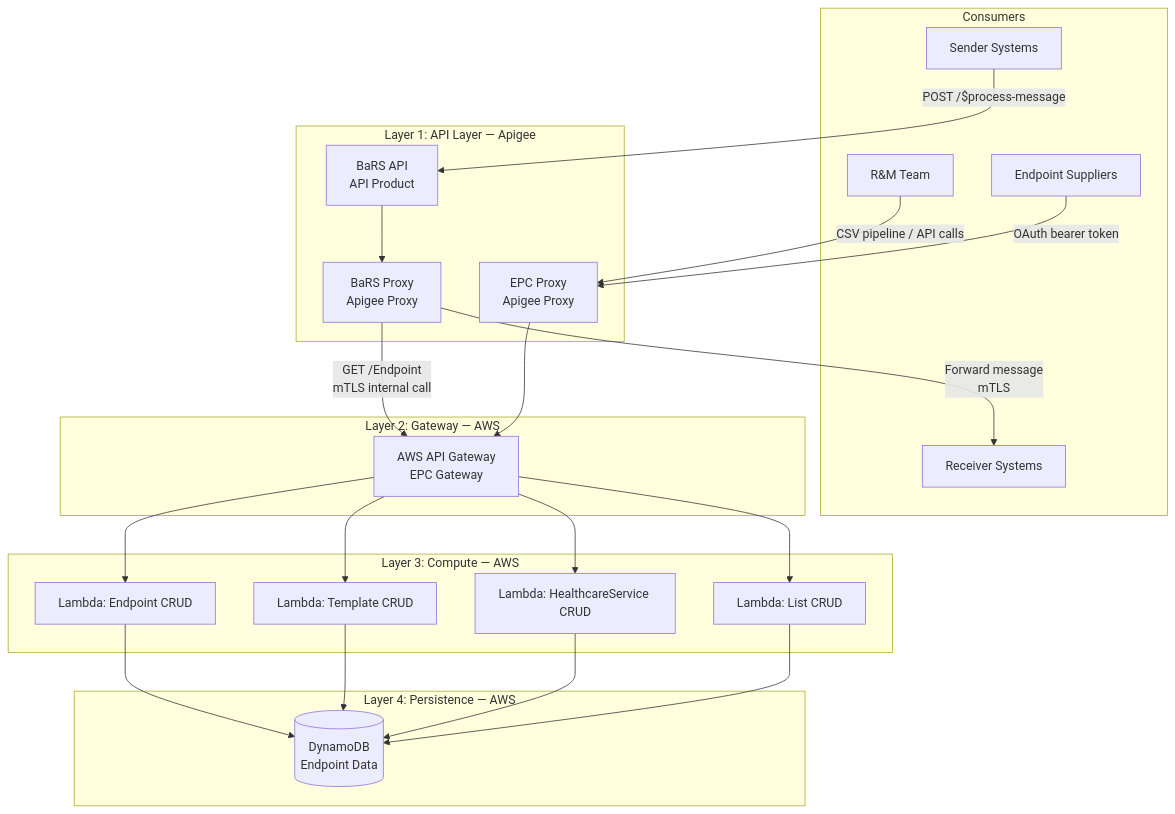
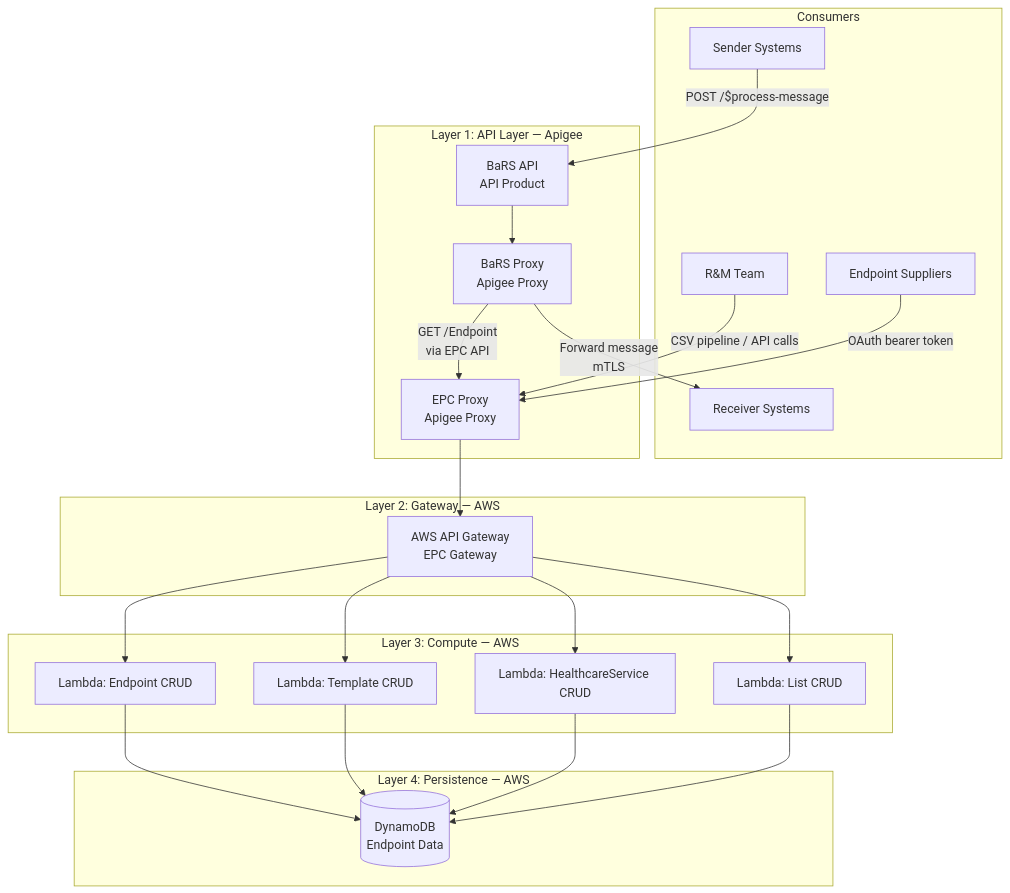
One commit to RichardWardNHSD/epc-work changed the first of 5 diagrams in Documents/architecture.md. Above: the diagram before and after it, drawn with Mermaid.

Commit message:
revisions

````diff
--- a/Documents/architecture.md
+++ b/Documents/architecture.md
@@ -39,49 +39,49 @@
 ```mermaid
 graph TD
     subgraph Consumers
         SENDER[Sender Systems]
         RECEIVER[Receiver Systems]
         RM[R&M Team]
         SUPPLIER[Endpoint Suppliers]
     end
 
     subgraph "Layer 1: API Layer — Apigee"
         BARS_API[BaRS API<br/>API Product]
         BARS_PROXY[BaRS Proxy<br/>Apigee Proxy]
         EPC_PROXY[EPC Proxy<br/>Apigee Proxy]
     end
 
     subgraph "Layer 2: Gateway — AWS"
         APIGW[AWS API Gateway<br/>EPC Gateway]
     end
 
     subgraph "Layer 3: Compute — AWS"
         LAMBDA_EP[Lambda: Endpoint CRUD]
         LAMBDA_TPL[Lambda: Template CRUD]
         LAMBDA_HCS[Lambda: HealthcareService CRUD]
         LAMBDA_LIST[Lambda: List CRUD]
     end
 
     subgraph "Layer 4: Persistence — AWS"
         DDB[(DynamoDB<br/>Endpoint Data)]
     end
 
     SENDER -->|POST /$process-message| BARS_API
     BARS_API --> BARS_PROXY
-    BARS_PROXY -->|GET /Endpoint<br/>mTLS internal call| APIGW
+    BARS_PROXY -->|GET /Endpoint<br/>via EPC API| EPC_PROXY
     BARS_PROXY -->|Forward message<br/>mTLS| RECEIVER
 
     RM -->|CSV pipeline / API calls| EPC_PROXY
     SUPPLIER -->|OAuth bearer token| EPC_PROXY
     EPC_PROXY --> APIGW
 
     APIGW --> LAMBDA_EP
     APIGW --> LAMBDA_TPL
     APIGW --> LAMBDA_HCS
     APIGW --> LAMBDA_LIST
 
     LAMBDA_EP --> DDB
     LAMBDA_TPL --> DDB
     LAMBDA_HCS --> DDB
     LAMBDA_LIST --> DDB
 ```
````
